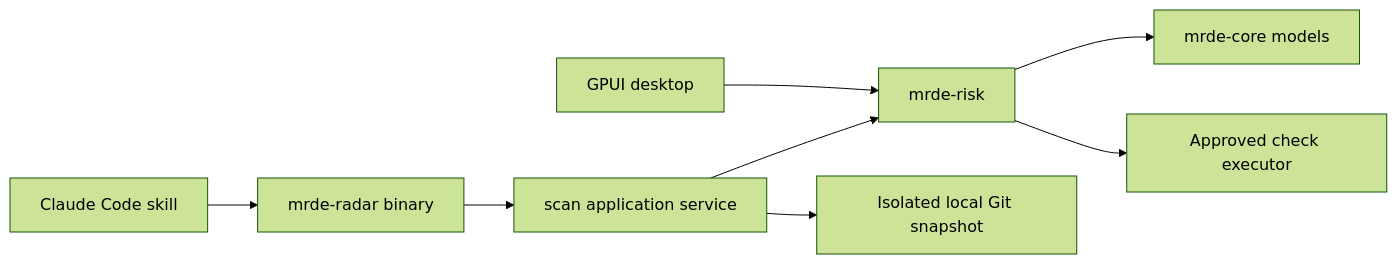
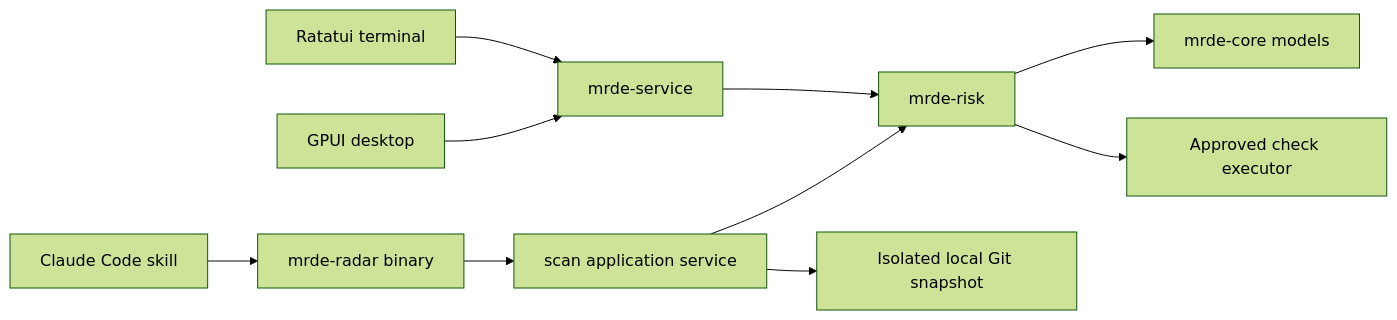
The diagram in docs/radar-cli.md (kwop/mr.de), drawn with Mermaid (forest theme) before and after one commit. The commit also changed other lines of this file and 33 other files, not shown here.

````diff
--- a/docs/radar-cli.md
+++ b/docs/radar-cli.md
@@ -107,10 +107,12 @@
 ```mermaid
 flowchart LR
   Plugin[Claude Code skill] --> CLI[mrde-radar binary]
   CLI --> Service[scan application service]
   Service --> Risk[mrde-risk]
-  Desktop[GPUI desktop] --> Risk
+  Desktop[GPUI desktop] --> App[mrde-service]
+  TUI[Ratatui terminal] --> App
+  App --> Risk
   Risk --> Core[mrde-core models]
   Risk --> Checks[Approved check executor]
   Service --> Git[Isolated local Git snapshot]
 ```
````
